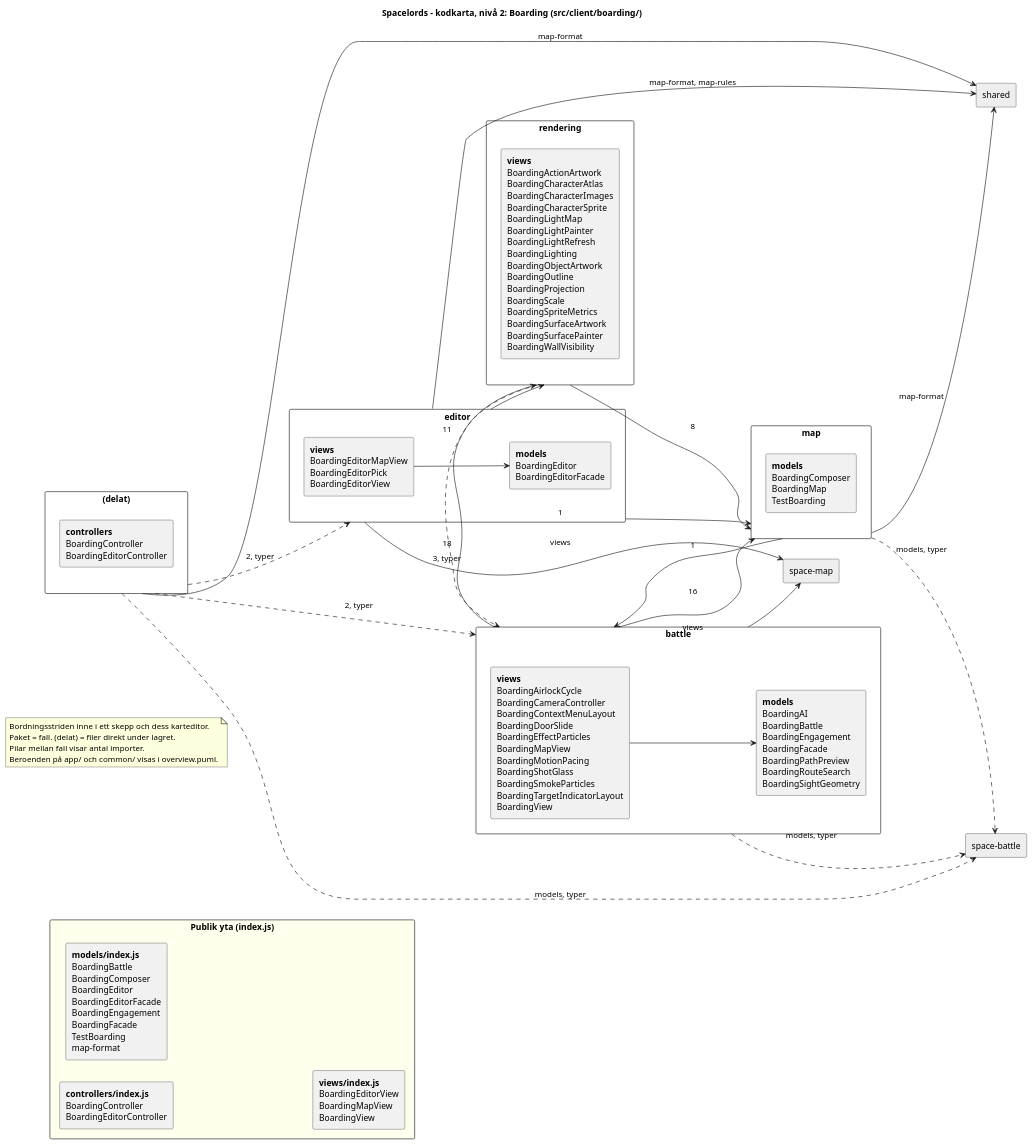
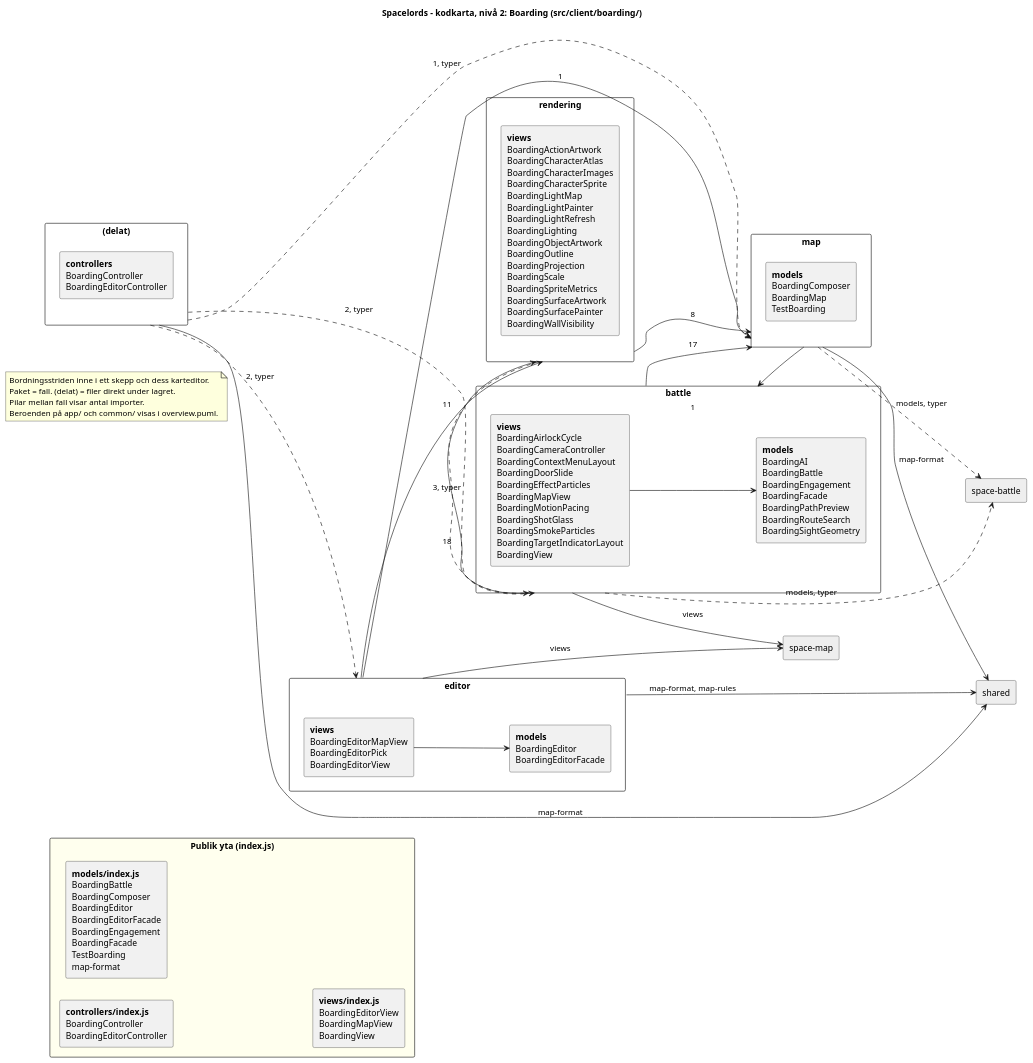
Before and after one commit to dntoll/spacelords: the diagram in docs/architecture/boarding.puml, drawn with PlantUML. The commit also changed 17 other files, not shown here.

```diff
--- a/docs/architecture/boarding.puml
+++ b/docs/architecture/boarding.puml
@@ -1,58 +1,58 @@
 @startuml
 ' Generated by scripts/architecture-map.mjs from architecture.config.mjs and
 ' the imports in src/. Do not edit by hand; run npm run architecture:map.
 title Spacelords – kodkarta, nivå 2: Boarding (src/client/boarding/)
 skinparam packageStyle rectangle
 skinparam shadowing false
 left to right direction
 note as about
   Bordningsstriden inne i ett skepp och dess karteditor.
   Paket = fall. (delat) = filer direkt under lagret.
   Pilar mellan fall visar antal importer.
   Beroenden på app/ och common/ visas i overview.puml.
 end note
 package "Publik yta (index.js)" as public_surface #FFFFEE {
   rectangle "<b>controllers/index.js</b>\nBoardingController\nBoardingEditorController" as public__controllers
   rectangle "<b>models/index.js</b>\nBoardingBattle\nBoardingComposer\nBoardingEditor\nBoardingEditorFacade\nBoardingEngagement\nBoardingFacade\nTestBoarding\nmap-format" as public__models
   rectangle "<b>views/index.js</b>\nBoardingEditorView\nBoardingMapView\nBoardingView" as public__views
 }
 package "(delat)" as boarding___delat_ {
   rectangle "<b>controllers</b>\nBoardingController\nBoardingEditorController" as boarding___delat___controllers
 }
 package "battle" as boarding__battle {
   rectangle "<b>models</b>\nBoardingAI\nBoardingBattle\nBoardingEngagement\nBoardingFacade\nBoardingPathPreview\nBoardingRouteSearch\nBoardingSightGeometry" as boarding__battle__models
   rectangle "<b>views</b>\nBoardingAirlockCycle\nBoardingCameraController\nBoardingContextMenuLayout\nBoardingDoorSlide\nBoardingEffectParticles\nBoardingMapView\nBoardingMotionPacing\nBoardingShotGlass\nBoardingSmokeParticles\nBoardingTargetIndicatorLayout\nBoardingView" as boarding__battle__views
 }
 package "editor" as boarding__editor {
   rectangle "<b>models</b>\nBoardingEditor\nBoardingEditorFacade" as boarding__editor__models
   rectangle "<b>views</b>\nBoardingEditorMapView\nBoardingEditorPick\nBoardingEditorView" as boarding__editor__views
 }
 package "map" as boarding__map {
   rectangle "<b>models</b>\nBoardingComposer\nBoardingMap\nTestBoarding" as boarding__map__models
 }
 package "rendering" as boarding__rendering {
   rectangle "<b>views</b>\nBoardingActionArtwork\nBoardingCharacterAtlas\nBoardingCharacterImages\nBoardingCharacterSprite\nBoardingLightMap\nBoardingLightPainter\nBoardingLightRefresh\nBoardingLighting\nBoardingObjectArtwork\nBoardingOutline\nBoardingProjection\nBoardingScale\nBoardingSpriteMetrics\nBoardingSurfaceArtwork\nBoardingSurfacePainter\nBoardingWallVisibility" as boarding__rendering__views
 }
 rectangle "shared" as ext__shared #EEEEEE
 rectangle "space-battle" as ext__space_battle #EEEEEE
 rectangle "space-map" as ext__space_map #EEEEEE
 boarding__battle__views --> boarding__battle__models
 boarding__editor__views --> boarding__editor__models
 boarding___delat_ ..> boarding__battle : 2, typer
 boarding___delat_ ..> boarding__editor : 2, typer
-boarding__battle --> boarding__map : 16
+boarding___delat_ ..> boarding__map : 1, typer
+boarding__battle --> boarding__map : 17
 boarding__battle --> boarding__rendering : 18
 boarding__editor --> boarding__map : 1
 boarding__editor --> boarding__rendering : 11
 boarding__map --> boarding__battle : 1
 boarding__rendering ..> boarding__battle : 3, typer
 boarding__rendering --> boarding__map : 8
 boarding___delat_ --> ext__shared : map-format
-boarding___delat_ ..> ext__space_battle : models, typer
 boarding__battle ..> ext__space_battle : models, typer
 boarding__battle --> ext__space_map : views
 boarding__editor --> ext__shared : map-format, map-rules
 boarding__editor --> ext__space_map : views
 boarding__map --> ext__shared : map-format
 boarding__map ..> ext__space_battle : models, typer
 @enduml
```
